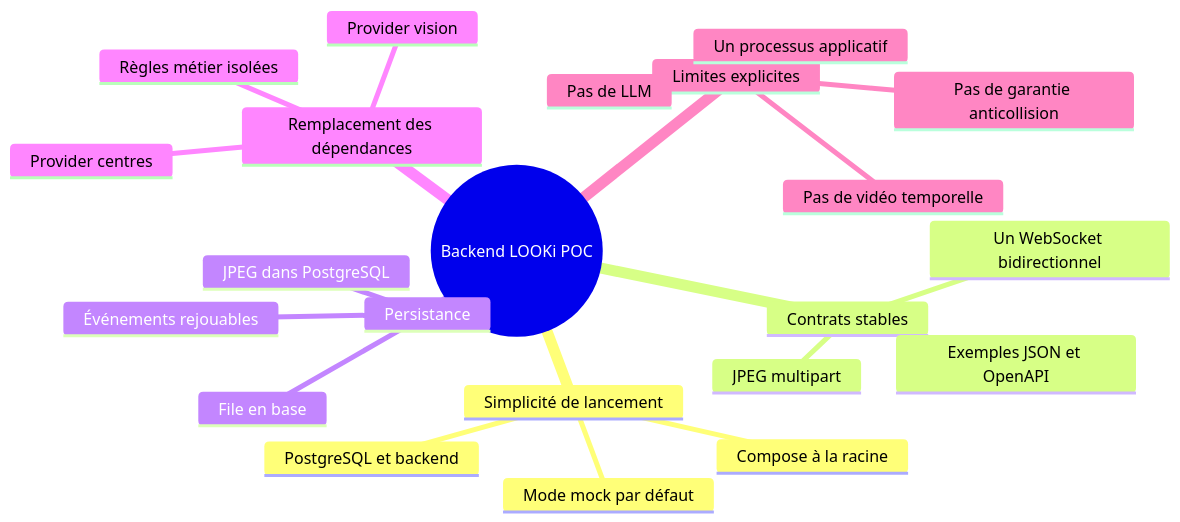
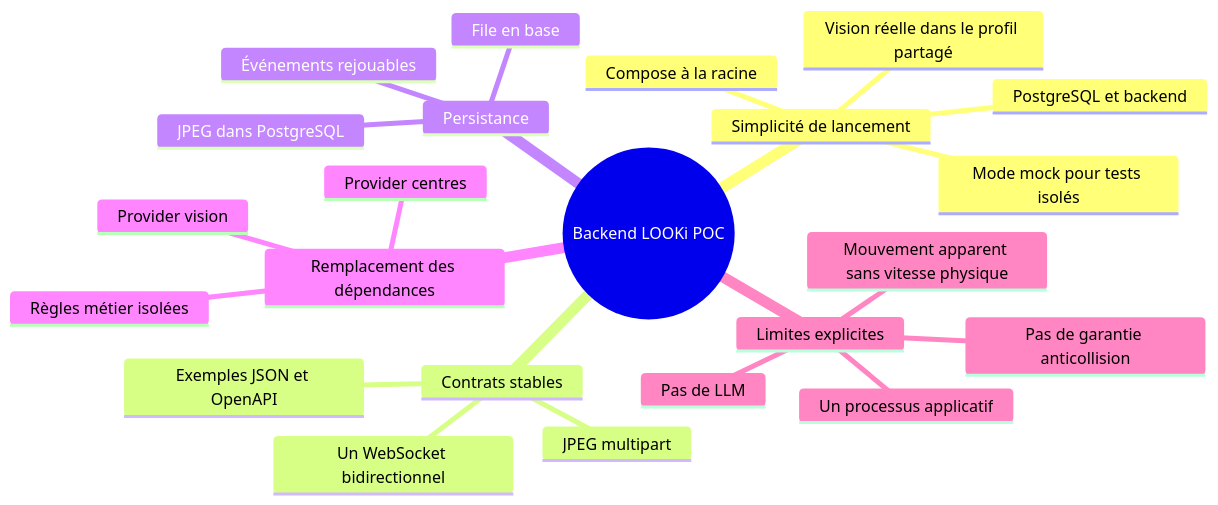
The first of 5 diagrams in docs/07-decisions-et-limites.md (Mindsept/Looki--Vision), drawn with Mermaid before and after one commit. The commit also changed other lines of this file and 7 other files, not shown here.

````diff
--- a/docs/07-decisions-et-limites.md
+++ b/docs/07-decisions-et-limites.md
@@ -5,25 +5,26 @@
 ```mermaid
 mindmap
   root((Backend LOOKi POC))
     Simplicité de lancement
       Compose à la racine
       PostgreSQL et backend
-      Mode mock par défaut
+      Vision réelle dans le profil partagé
+      Mode mock pour tests isolés
     Contrats stables
       JPEG multipart
       Un WebSocket bidirectionnel
       Exemples JSON et OpenAPI
     Persistance
       JPEG dans PostgreSQL
       File en base
       Événements rejouables
     Remplacement des dépendances
       Provider vision
       Provider centres
       Règles métier isolées
     Limites explicites
       Un processus applicatif
-      Pas de vidéo temporelle
+      Mouvement apparent sans vitesse physique
       Pas de LLM
       Pas de garantie anticollision
 ```
````
